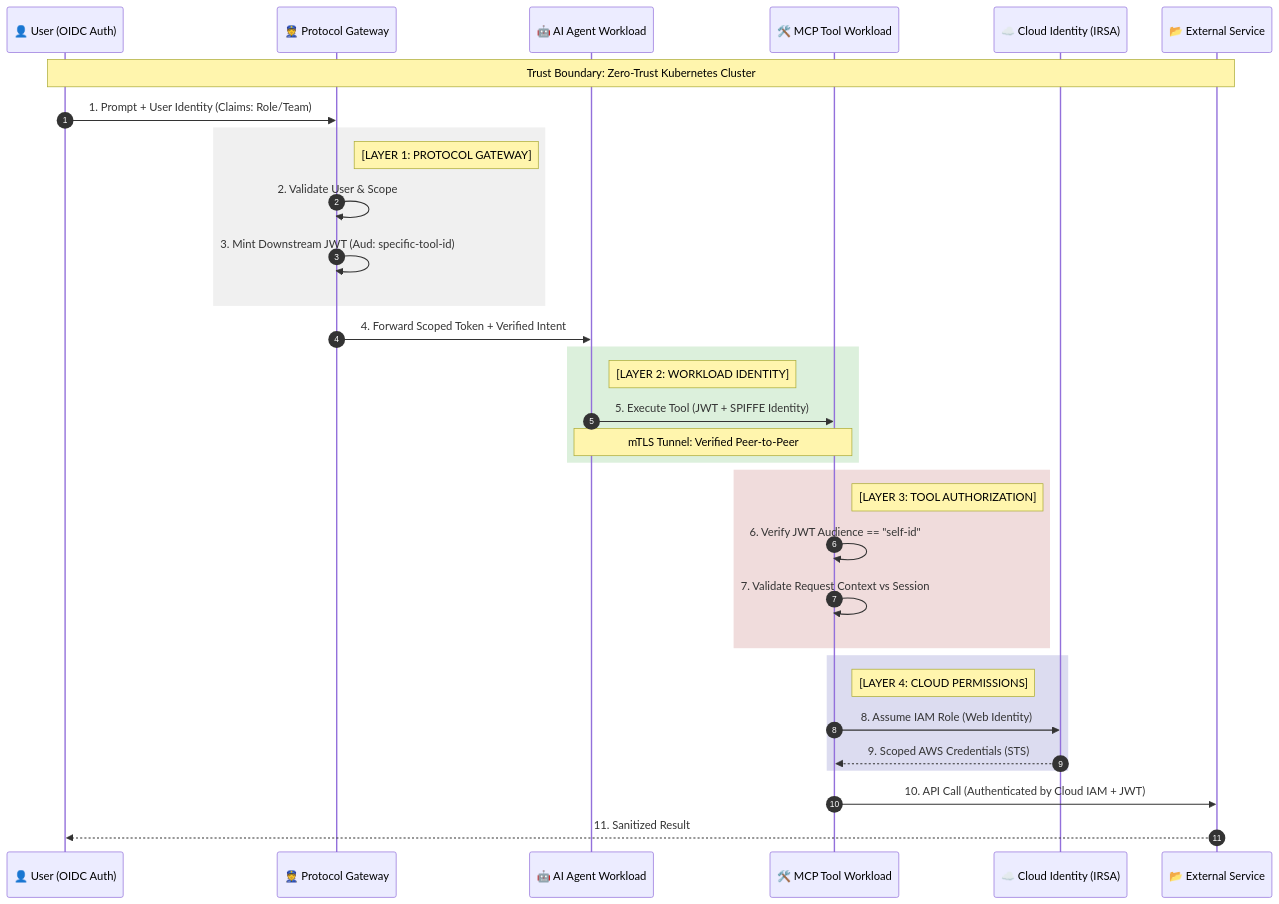
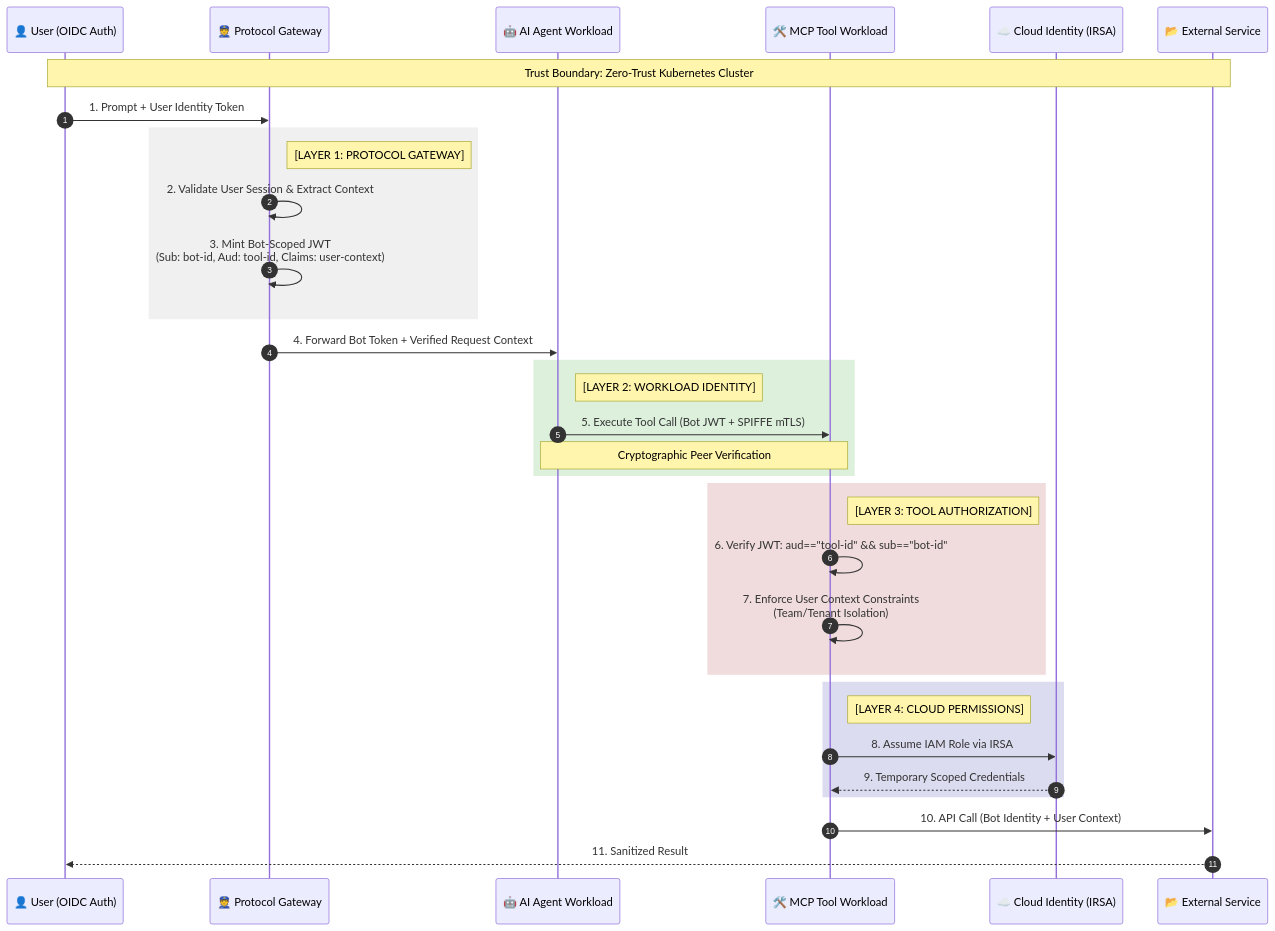
Before and after one commit to babywyrm/sysadmin: the diagram in mcp/session_flow_.md, drawn with Mermaid. The commit also changed other lines of this file, not shown here.

````diff
--- a/mcp/session_flow_.md
+++ b/mcp/session_flow_.md
@@ -2,43 +3,43 @@
 ```mermaid
 sequenceDiagram
     autonumber
     participant User as 👤 User (OIDC Auth)
     participant Gateway as 👮 Protocol Gateway
     participant Agent as 🤖 AI Agent Workload
     participant Tool as 🛠️ MCP Tool Workload
     participant IAM as ☁️ Cloud Identity (IRSA)
     participant Backend as 📂 External Service
 
     Note over User,Backend: Trust Boundary: Zero-Trust Kubernetes Cluster
 
-    User->>Gateway: 1. Prompt + User Identity (Claims: Role/Team)
+    User->>Gateway: 1. Prompt + User Identity Token
     
     rect rgb(240, 240, 240)
     Note right of Gateway: [LAYER 1: PROTOCOL GATEWAY]
-    Gateway->>Gateway: 2. Validate User & Scope
-    Gateway->>Gateway: 3. Mint Downstream JWT (Aud: specific-tool-id)
+    Gateway->>Gateway: 2. Validate User Session & Extract Context
+    Gateway->>Gateway: 3. Mint Bot-Scoped JWT<br/>(Sub: bot-id, Aud: tool-id, Claims: user-context)
     end
 
-    Gateway->>Agent: 4. Forward Scoped Token + Verified Intent
+    Gateway->>Agent: 4. Forward Bot Token + Verified Request Context
     
     rect rgb(220, 240, 220)
     Note right of Agent: [LAYER 2: WORKLOAD IDENTITY]
-    Agent->>Tool: 5. Execute Tool (JWT + SPIFFE Identity)
-    Note over Agent,Tool: mTLS Tunnel: Verified Peer-to-Peer
+    Agent->>Tool: 5. Execute Tool Call (Bot JWT + SPIFFE mTLS)
+    Note over Agent,Tool: Cryptographic Peer Verification
     end
 
     rect rgb(240, 220, 220)
     Note right of Tool: [LAYER 3: TOOL AUTHORIZATION]
-    Tool->>Tool: 6. Verify JWT Audience == "self-id"
-    Tool->>Tool: 7. Validate Request Context vs Session
+    Tool->>Tool: 6. Verify JWT: aud=="tool-id" && sub=="bot-id"
+    Tool->>Tool: 7. Enforce User Context Constraints<br/>(Team/Tenant Isolation)
     end
 
     rect rgb(220, 220, 240)
     Note right of Tool: [LAYER 4: CLOUD PERMISSIONS]
-    Tool->>IAM: 8. Assume IAM Role (Web Identity)
-    IAM-->>Tool: 9. Scoped AWS Credentials (STS)
+    Tool->>IAM: 8. Assume IAM Role via IRSA
+    IAM-->>Tool: 9. Temporary Scoped Credentials
     end
 
-    Tool->>Backend: 10. API Call (Authenticated by Cloud IAM + JWT)
+    Tool->>Backend: 10. API Call (Bot Identity + User Context)
     Backend-->>User: 11. Sanitized Result
 ```
````
